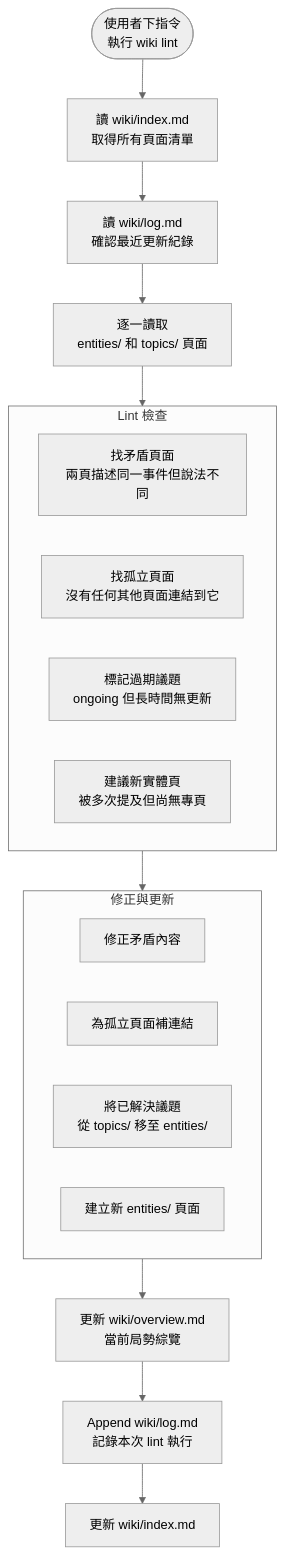
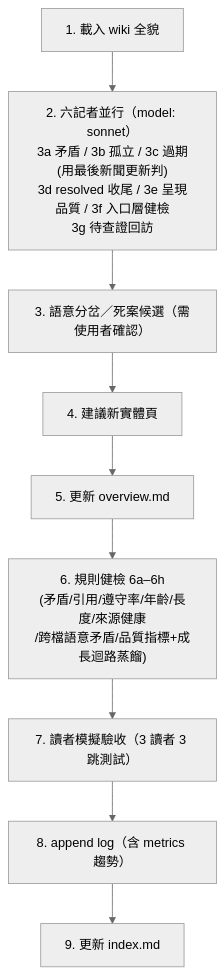
Before and after one commit to mandy82477/claude-news: the fourth of 5 diagrams in src/DesignDocument/Design Diagram.md, drawn with Mermaid (neutral theme). The commit also changed other lines of this file, not shown here.

Commit message:
docs: 重寫 Design Diagram 為現況操作架構（三段式 pipeline/10 來源/六記者/lint 九步）

````diff
--- a/src/DesignDocument/Design Diagram.md
+++ b/src/DesignDocument/Design Diagram.md
@@ -159,37 +122,12 @@
-``` mermaid
+```mermaid
 flowchart TD
-
-USER(["使用者下指令\n執行 wiki lint"]) --> IDX
-IDX["讀 wiki/index.md\n取得所有頁面清單"]
-IDX --> LOG
-
-LOG["讀 wiki/log.md\n確認最近更新紀錄"]
-LOG --> READ
-
-READ["逐一讀取\nentities/ 和 topics/ 頁面"]
-READ --> LINT
-
-subgraph LINT["Lint 檢查"]
-    L1["找矛盾頁面\n兩頁描述同一事件但說法不同"]
-    L2["找孤立頁面\n沒有任何其他頁面連結到它"]
-    L3["標記過期議題\nongoing 但長時間無更新"]
-    L4["建議新實體頁\n被多次提及但尚無專頁"]
-end
-
-LINT --> FIX
-
-subgraph FIX["修正與更新"]
-    F1["修正矛盾內容"]
-    F2["為孤立頁面補連結"]
-    F3["將已解決議題\n從 topics/ 移至 entities/"]
-    F4["建立新 entities/ 頁面"]
-end
-
-FIX --> OVERVIEW
-OVERVIEW["更新 wiki/overview.md\n當前局勢綜覽"]
-OVERVIEW --> APPENDLOG
-
-APPENDLOG["Append wiki/log.md\n記錄本次 lint 執行"]
-APPENDLOG --> UPDATEIDX
-UPDATEIDX["更新 wiki/index.md"]
+    L1["1. 載入 wiki 全貌"] --> L2
+    L2["2. 六記者並行（model: sonnet）\n3a 矛盾 / 3b 孤立 / 3c 過期(用最後新聞更新判)\n3d resolved 收尾 / 3e 呈現品質 / 3f 入口層健檢\n3g 待查證回訪"] --> L3
+    L3["3. 語意分岔／死案候選（需使用者確認）"] --> L4
+    L4["4. 建議新實體頁"] --> L5
+    L5["5. 更新 overview.md"] --> L6
+    L6["6. 規則健檢 6a–6h\n(矛盾/引用/遵守率/年齡/長度/來源健康\n/跨檔語意矛盾/品質指標+成長迴路蒸餾)"] --> L7
+    L7["7. 讀者模擬驗收（3 讀者 3 跳測試）"] --> L8
+    L8["8. append log（含 metrics 趨勢）"] --> L9
+    L9["9. 更新 index.md"]
 ```
````
